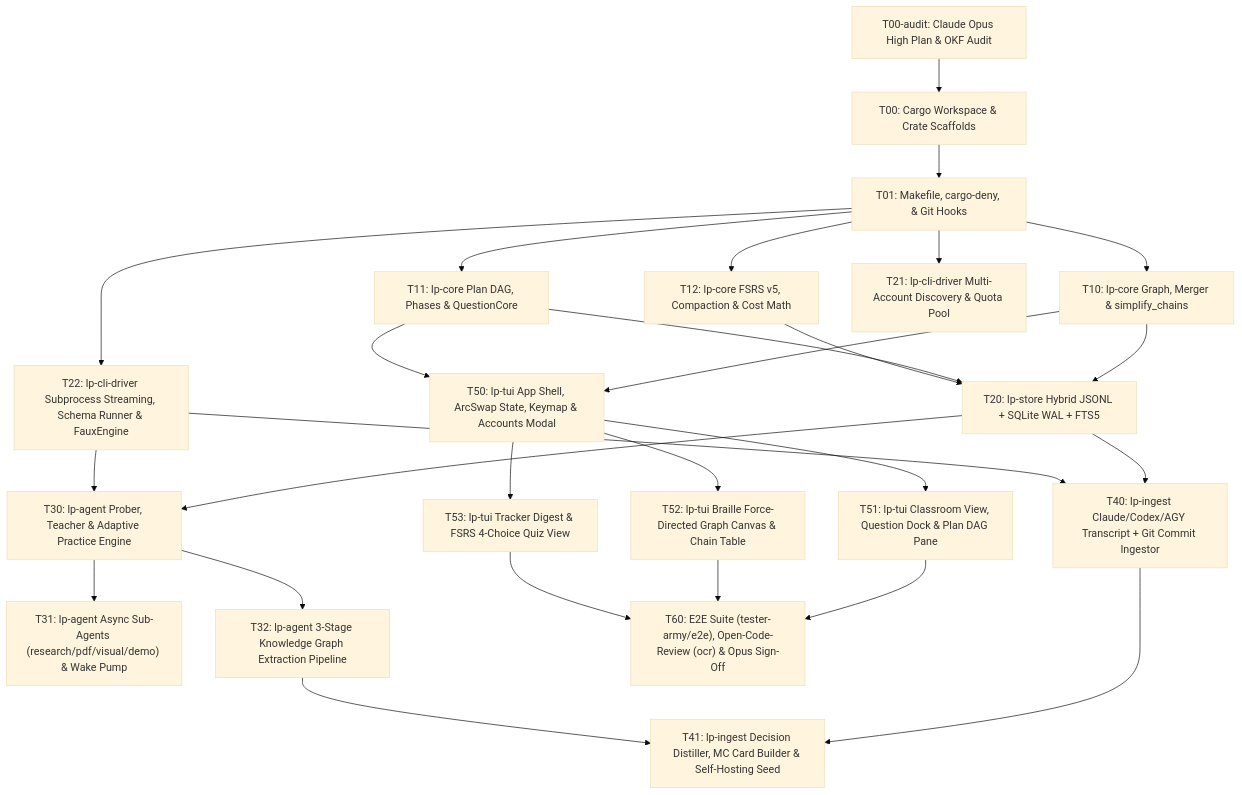
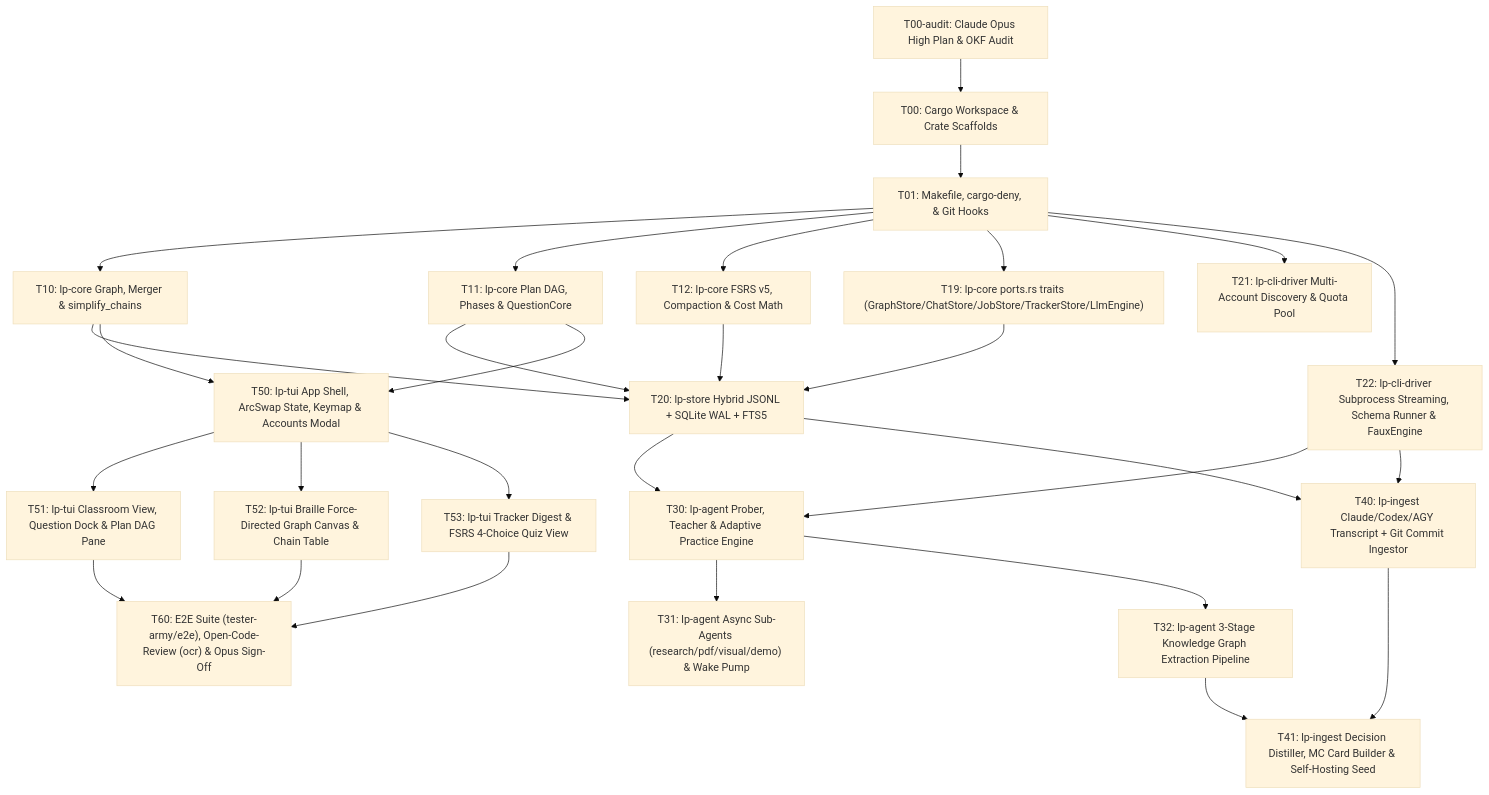
The second of 2 diagrams in docs/PLAN.md (PrathamBhavsar/learnpuppy), drawn with Mermaid (base theme) before and after one commit.

Commit message:
docs: add T19 ports task ahead of storage/agent/ingest

````diff
--- a/docs/PLAN.md
+++ b/docs/PLAN.md
@@ -285,29 +285,31 @@
 ```mermaid
 flowchart TD
     T00A["T00-audit: Claude Opus High Plan & OKF Audit"] --> T00["T00: Cargo Workspace & Crate Scaffolds"]
     T00 --> T01["T01: Makefile, cargo-deny, & Git Hooks"]
     T01 --> T10["T10: lp-core Graph, Merger & simplify_chains"]
     T01 --> T11["T11: lp-core Plan DAG, Phases & QuestionCore"]
     T01 --> T12["T12: lp-core FSRS v5, Compaction & Cost Math"]
+    T01 --> T19["T19: lp-core ports.rs traits (GraphStore/ChatStore/JobStore/TrackerStore/LlmEngine)"]
+    T19 --> T20
     T10 --> T20["T20: lp-store Hybrid JSONL + SQLite WAL + FTS5"]
     T11 --> T20
     T12 --> T20
     T01 --> T21["T21: lp-cli-driver Multi-Account Discovery & Quota Pool"]
     T01 --> T22["T22: lp-cli-driver Subprocess Streaming, Schema Runner & FauxEngine"]
     T20 --> T30["T30: lp-agent Prober, Teacher & Adaptive Practice Engine"]
     T22 --> T30
     T30 --> T31["T31: lp-agent Async Sub-Agents (research/pdf/visual/demo) & Wake Pump"]
     T30 --> T32["T32: lp-agent 3-Stage Knowledge Graph Extraction Pipeline"]
     T20 --> T40["T40: lp-ingest Claude/Codex/AGY Transcript + Git Commit Ingestor"]
     T22 --> T40
     T40 --> T41["T41: lp-ingest Decision Distiller, MC Card Builder & Self-Hosting Seed"]
     T32 --> T41
     T10 --> T50["T50: lp-tui App Shell, ArcSwap State, Keymap & Accounts Modal"]
     T11 --> T50
     T50 --> T51["T51: lp-tui Classroom View, Question Dock & Plan DAG Pane"]
     T50 --> T52["T52: lp-tui Braille Force-Directed Graph Canvas & Chain Table"]
     T50 --> T53["T53: lp-tui Tracker Digest & FSRS 4-Choice Quiz View"]
     T51 --> T60["T60: E2E Suite (tester-army/e2e), Open-Code-Review (ocr) & Opus Sign-Off"]
     T52 --> T60
     T53 --> T60
 ```
````
